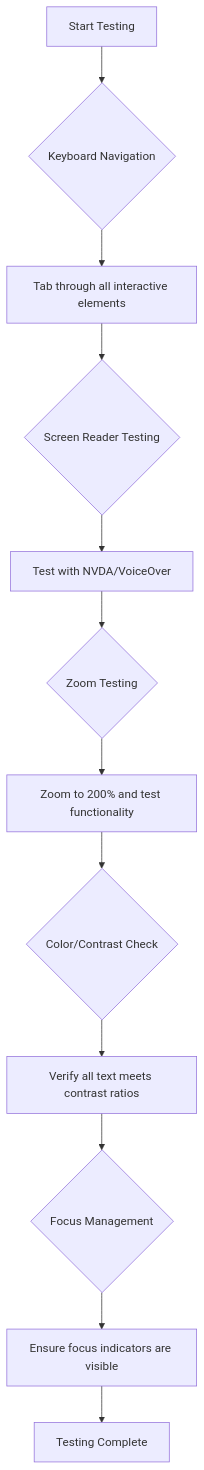
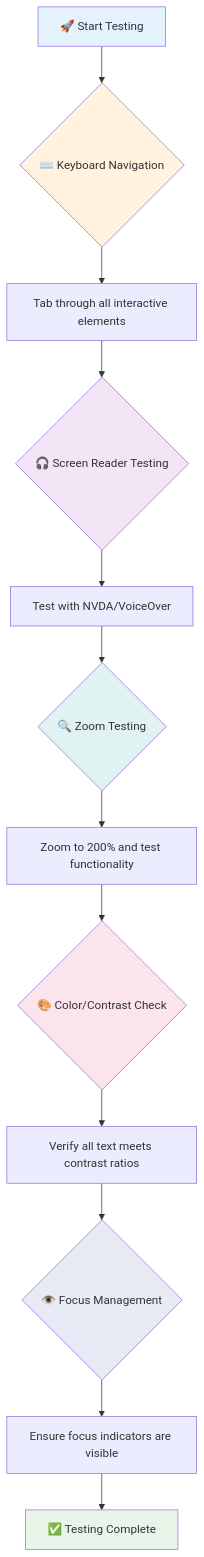
Before and after one commit to microsoft/Web-Dev-For-Beginners: the third of 13 diagrams in 1-getting-started-lessons/3-accessibility/README.md, drawn with Mermaid. The commit also changed other lines of this file and 2 other files, not shown here.

````diff
--- a/1-getting-started-lessons/3-accessibility/README.md
+++ b/1-getting-started-lessons/3-accessibility/README.md
@@ -58,14 +100,22 @@
 ```mermaid
-graph TD
-    A[Start Testing] --> B{Keyboard Navigation}
+flowchart TD
+    A[🚀 Start Testing] --> B{⌨️ Keyboard Navigation}
     B --> C[Tab through all interactive elements]
-    C --> D{Screen Reader Testing}
+    C --> D{🎧 Screen Reader Testing}
     D --> E[Test with NVDA/VoiceOver]
-    E --> F{Zoom Testing}
+    E --> F{🔍 Zoom Testing}
     F --> G[Zoom to 200% and test functionality]
-    G --> H{Color/Contrast Check}
+    G --> H{🎨 Color/Contrast Check}
     H --> I[Verify all text meets contrast ratios]
-    I --> J{Focus Management}
+    I --> J{👁️ Focus Management}
     J --> K[Ensure focus indicators are visible]
-    K --> L[Testing Complete]
+    K --> L[✅ Testing Complete]
+    
+    style A fill:#e3f2fd
+    style L fill:#e8f5e8
+    style B fill:#fff3e0
+    style D fill:#f3e5f5
+    style F fill:#e0f2f1
+    style H fill:#fce4ec
+    style J fill:#e8eaf6
 ```
````
